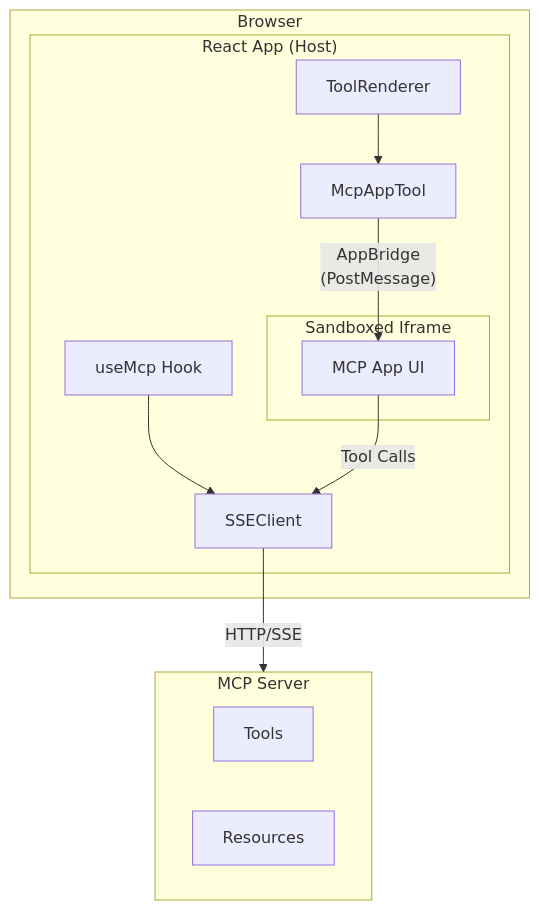
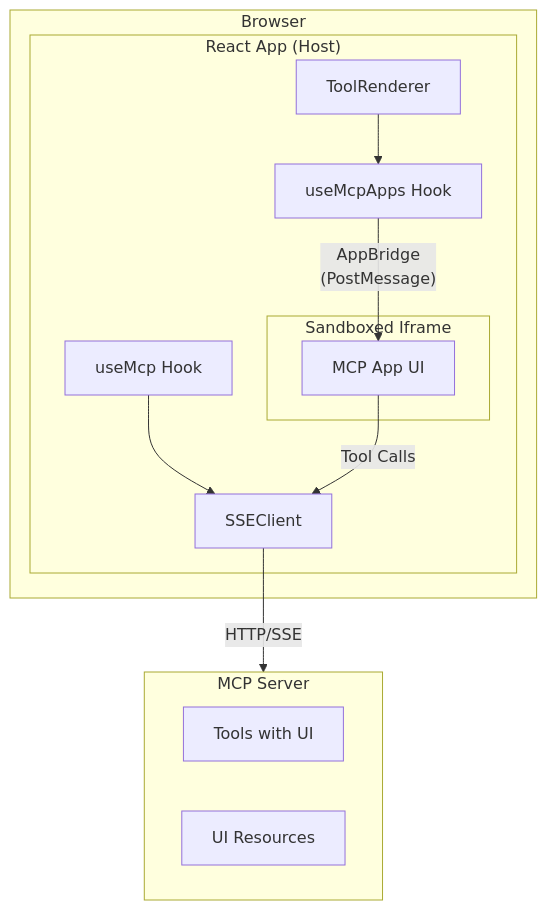
Before and after one commit to zonlabs/mcp-ts: the first of 2 diagrams in docs/docs/mcp-apps.md, drawn with Mermaid. The commit also changed other lines of this file and 2 other files, not shown here.

````diff
--- a/docs/docs/mcp-apps.md
+++ b/docs/docs/mcp-apps.md
@@ -13,26 +13,26 @@
 ```mermaid
 graph TB
     subgraph Browser["Browser"]
         subgraph ReactApp["React App (Host)"]
             useMcp["useMcp Hook"]
             SSEClient["SSEClient"]
             ToolRenderer["ToolRenderer"]
-            McpAppTool["McpAppTool"]
+            useMcpApps["useMcpApps Hook"]
 
             subgraph Iframe["Sandboxed Iframe"]
                 McpAppUI["MCP App UI"]
             end
         end
     end
 
     subgraph Server["MCP Server"]
-        Tools["Tools"]
-        Resources["Resources"]
+        Tools["Tools with UI"]
+        Resources["UI Resources"]
     end
 
     useMcp --> SSEClient
     SSEClient -->|"HTTP/SSE"| Server
-    ToolRenderer --> McpAppTool
-    McpAppTool -->|"AppBridge<br/>(PostMessage)"| McpAppUI
+    ToolRenderer --> useMcpApps
+    useMcpApps -->|"AppBridge<br/>(PostMessage)"| McpAppUI
     McpAppUI -->|"Tool Calls"| SSEClient
 ```
````
